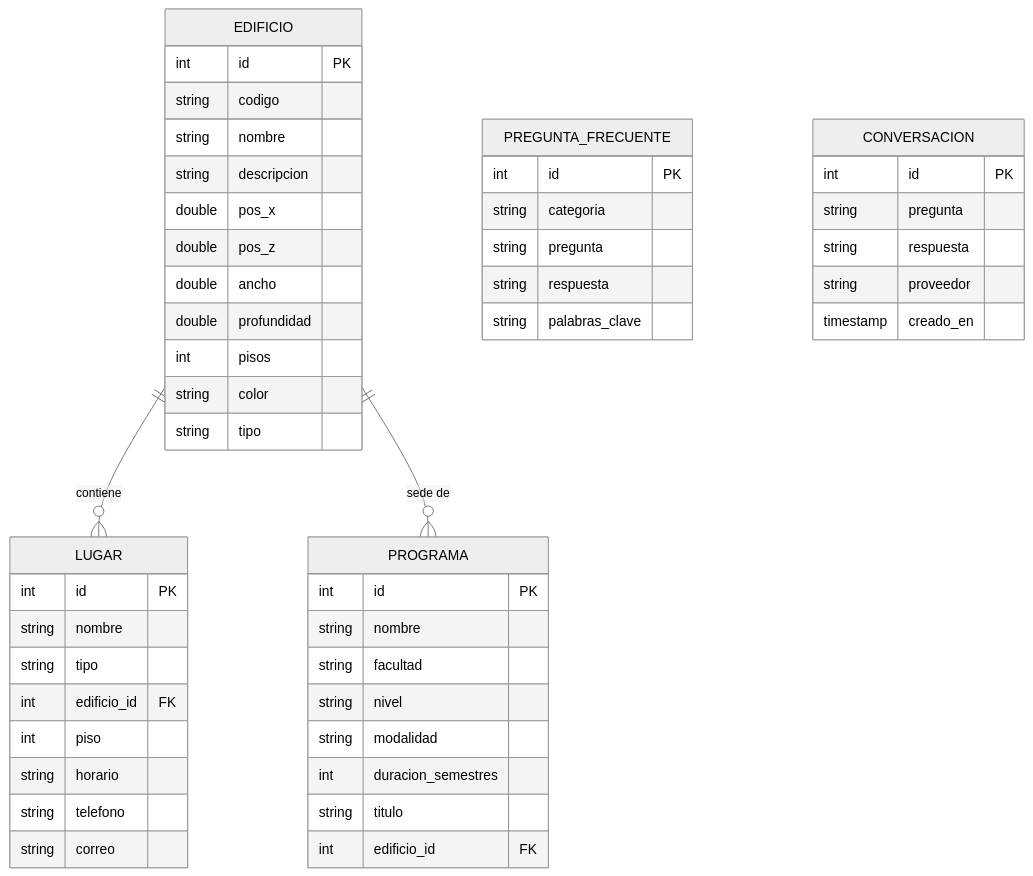
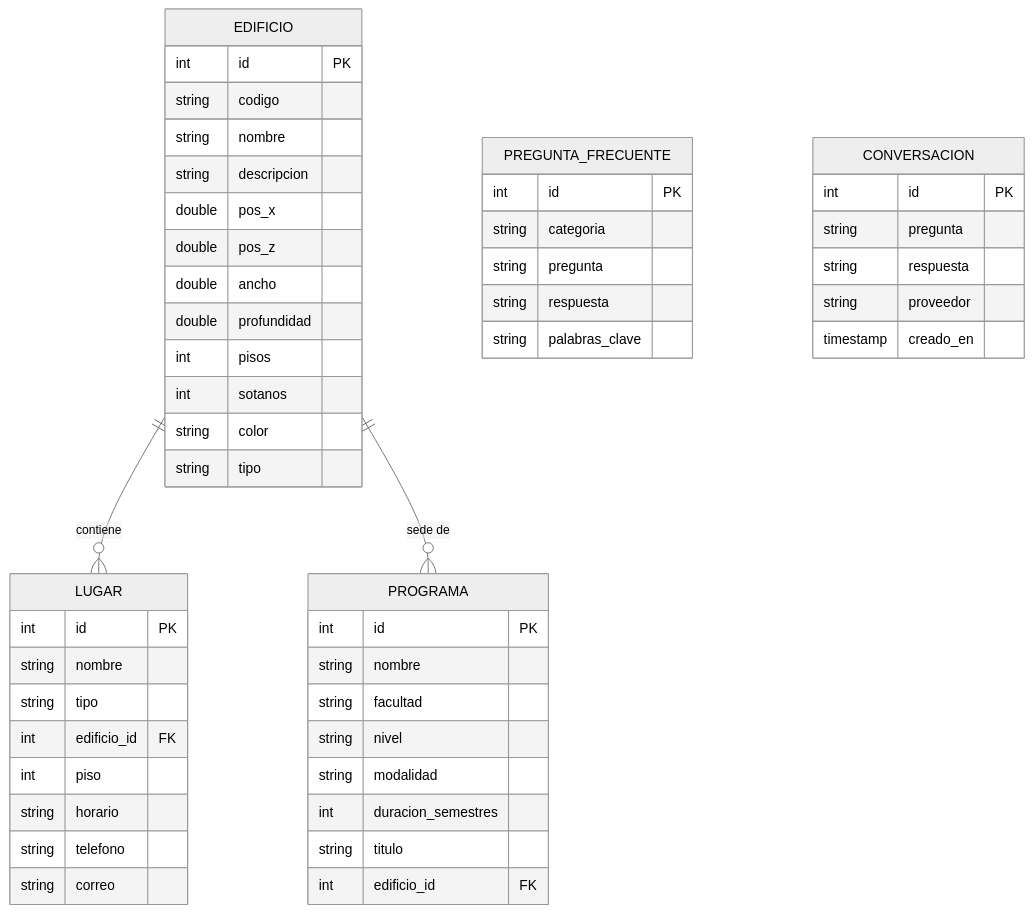
One commit to laurameza7/BASE-DATOS-3D- changed the diagram in diagrama/modelo-er.md. Above: the diagram before and after it, drawn with Mermaid (neutral theme). The commit also changed 2 other files, not shown here.

Commit message:
Campus real: Bloque A y Bloque B con sótanos, espacios verificados y extensiones oficiales

````diff
--- a/diagrama/modelo-er.md
+++ b/diagrama/modelo-er.md
@@ -3,52 +3,53 @@
 ```mermaid
 erDiagram
     EDIFICIO ||--o{ LUGAR : contiene
     EDIFICIO ||--o{ PROGRAMA : "sede de"
     EDIFICIO {
         int id PK
         string codigo
         string nombre
         string descripcion
         double pos_x
         double pos_z
         double ancho
         double profundidad
         int pisos
+        int sotanos
         string color
         string tipo
     }
     LUGAR {
         int id PK
         string nombre
         string tipo
         int edificio_id FK
         int piso
         string horario
         string telefono
         string correo
     }
     PROGRAMA {
         int id PK
         string nombre
         string facultad
         string nivel
         string modalidad
         int duracion_semestres
         string titulo
         int edificio_id FK
     }
     PREGUNTA_FRECUENTE {
         int id PK
         string categoria
         string pregunta
         string respuesta
         string palabras_clave
     }
     CONVERSACION {
         int id PK
         string pregunta
         string respuesta
         string proveedor
         timestamp creado_en
     }
 ```
````
